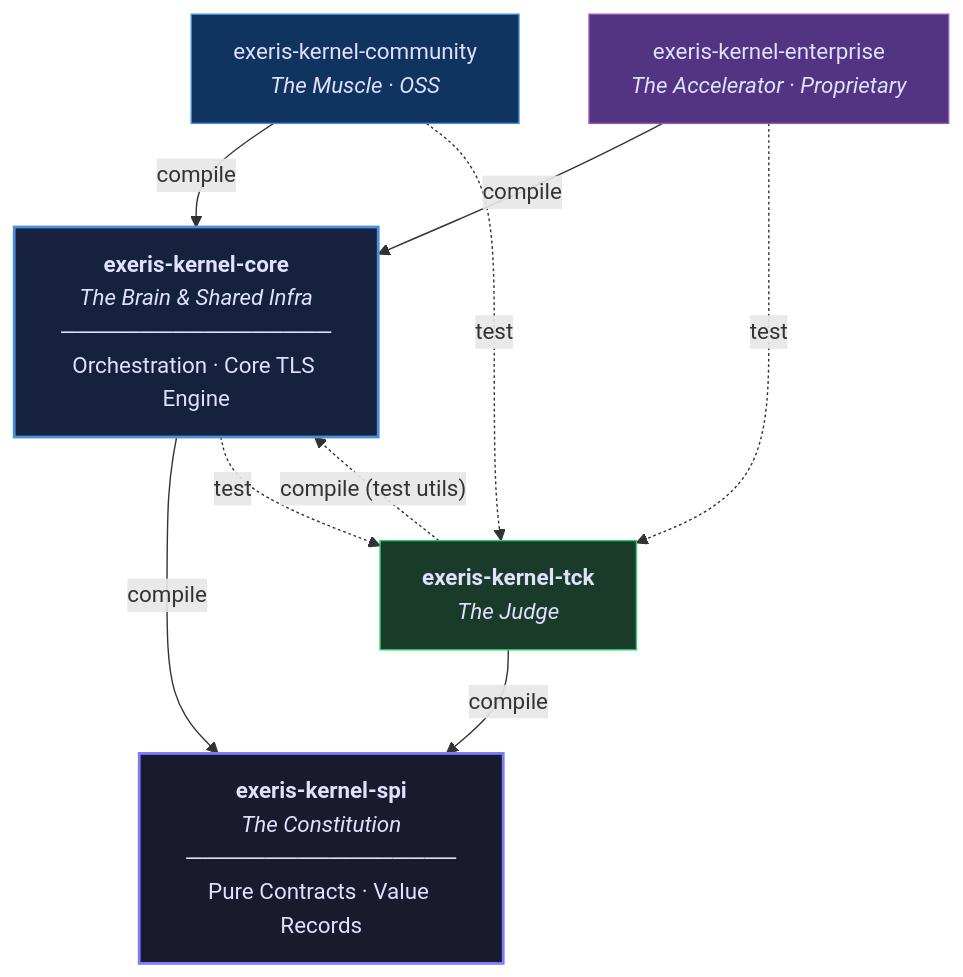
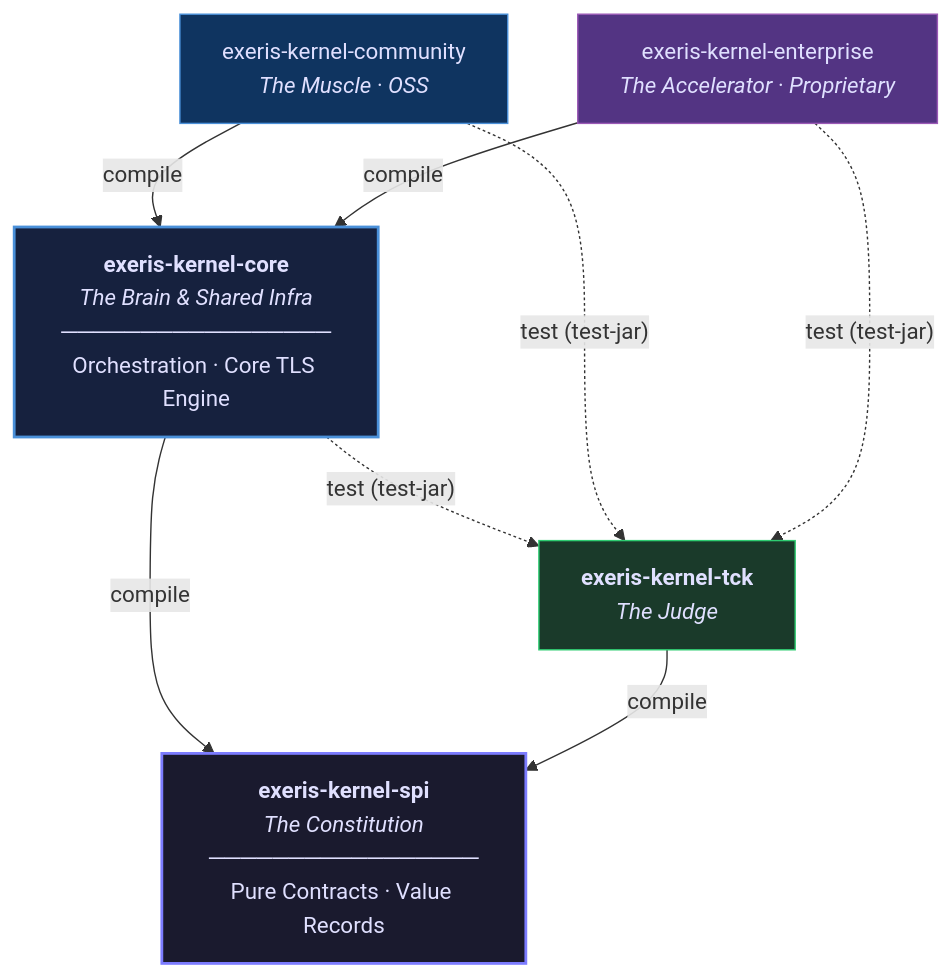
The diagram in docs/modules/01-spi.md (exeris-systems/exeris-kernel), drawn with Mermaid before and after one commit. The commit also changed 6 other files, not shown here.

````diff
--- a/docs/modules/01-spi.md
+++ b/docs/modules/01-spi.md
@@ -11,31 +11,30 @@
 ```mermaid
 graph TD
     SPI["<b>exeris-kernel-spi</b><br/><i>The Constitution</i><br/>─────────────────<br/>Pure Contracts · Value Records"]
 
     CORE["<b>exeris-kernel-core</b><br/><i>The Brain & Shared Infra</i><br/>─────────────────<br/>Orchestration · Core TLS Engine"]
 
     COMM["exeris-kernel-community<br/><i>The Muscle · OSS</i>"]
     ENT["exeris-kernel-enterprise<br/><i>The Accelerator · Proprietary</i>"]
 
     TCK["<b>exeris-kernel-tck</b><br/><i>The Judge</i>"]
 
     %% Compile-time dependencies
     CORE -->|"compile"| SPI
     COMM -->|"compile"| CORE
     ENT  -->|"compile"| CORE
 
     %% TCK dependencies
     TCK -->|"compile"| SPI
-    TCK -.->|"compile (test utils)"| CORE
 
-    %% Test-time execution
-    CORE -.->|"test"| TCK
-    COMM -.->|"test"| TCK
-    ENT  -.->|"test"| TCK
+    %% Test-time execution: Core/Comm/Ent consume TCK as a test-jar
+    CORE -.->|"test (test-jar)"| TCK
+    COMM -.->|"test (test-jar)"| TCK
+    ENT  -.->|"test (test-jar)"| TCK
 
     style SPI fill:#1a1a2e,color:#e0e0ff,stroke:#7c7cff,stroke-width:2px
     style CORE fill:#16213e,color:#e0e0ff,stroke:#4a90d9,stroke-width:2px
     style COMM fill:#0f3460,color:#e0e0ff,stroke:#4a90d9,stroke-width:1px
     style ENT  fill:#533483,color:#e0e0ff,stroke:#9b59b6,stroke-width:1px
     style TCK  fill:#1a3a2a,color:#e0e0ff,stroke:#2ecc71,stroke-width:1px
 ```
````
